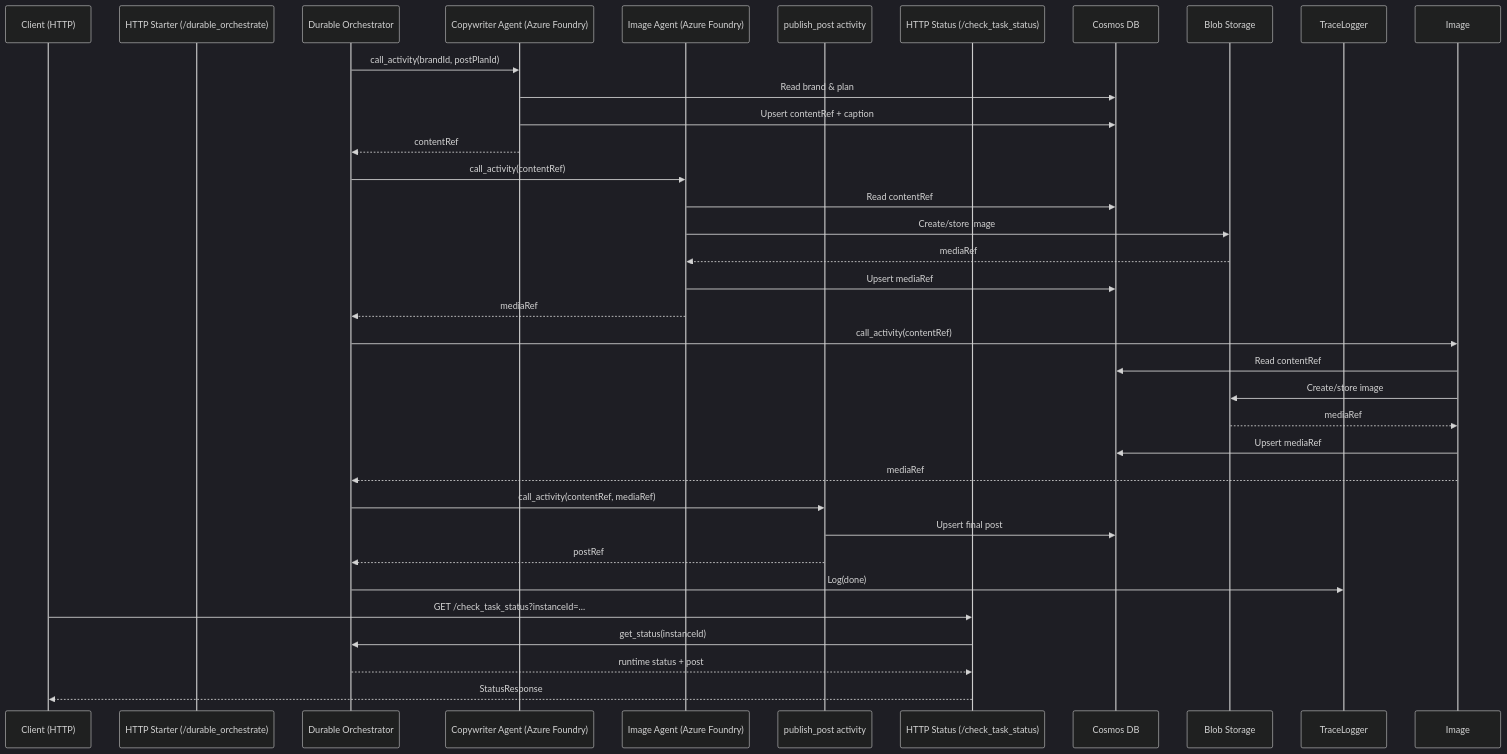
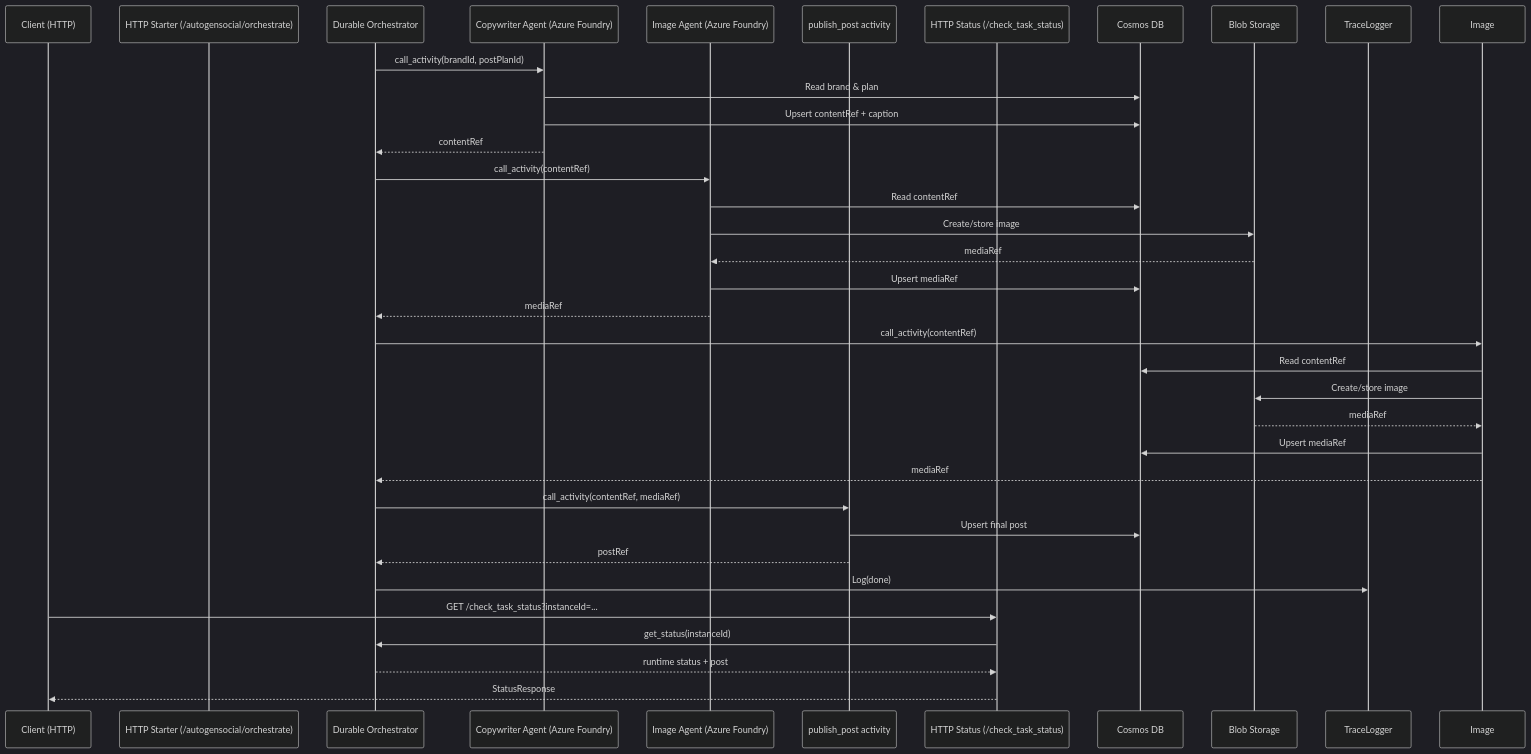
The diagram in diagrams/autogensocial_http_sequence.mmd (1084-Ventures/autogensocial-agent), drawn with Mermaid (dark theme) before and after one commit. The commit also changed other lines of this file and 5 other files, not shown here.

```diff
--- a/diagrams/autogensocial_http_sequence.mmd
+++ b/diagrams/autogensocial_http_sequence.mmd
@@ -1,44 +1,44 @@
 ---
 id: 16629962-bb60-4718-ad83-7da6c0705c9e
 ---
 
 sequenceDiagram
     participant Client as Client (HTTP)
-    participant Starter as HTTP Starter (/durable_orchestrate)
+    participant Starter as HTTP Starter (/autogensocial/orchestrate)
     participant Orchestrator as Durable Orchestrator
     participant Copywriter as Copywriter Agent (Azure Foundry)
     participant ImageAgent as Image Agent (Azure Foundry)
     participant Publish as publish_post activity
     participant Status as HTTP Status (/check_task_status)
     participant Cosmos as Cosmos DB
     participant Blob as Blob Storage
     participant Trace as TraceLogger
 
     Orchestrator->>Copywriter: call_activity(brandId, postPlanId)
     Copywriter->>Cosmos: Read brand & plan
     Copywriter->>Cosmos: Upsert contentRef + caption
     Copywriter-->>Orchestrator: contentRef
 
     Orchestrator->>ImageAgent: call_activity(contentRef)
     ImageAgent->>Cosmos: Read contentRef
     ImageAgent->>Blob: Create/store image
     Blob-->>ImageAgent: mediaRef
     ImageAgent->>Cosmos: Upsert mediaRef
     ImageAgent-->>Orchestrator: mediaRef
 
     Orchestrator->>Image: call_activity(contentRef)
     Image->>Cosmos: Read contentRef
     Image->>Blob: Create/store image
     Blob-->>Image: mediaRef
     Image->>Cosmos: Upsert mediaRef
     Image-->>Orchestrator: mediaRef
 
     Orchestrator->>Publish: call_activity(contentRef, mediaRef)
     Publish->>Cosmos: Upsert final post
     Publish-->>Orchestrator: postRef
     Orchestrator->>Trace: Log(done)
 
     Client->>Status: GET /check_task_status?instanceId=...
     Status->>Orchestrator: get_status(instanceId)
     Orchestrator-->>Status: runtime status + post
     Status-->>Client: StatusResponse
```
